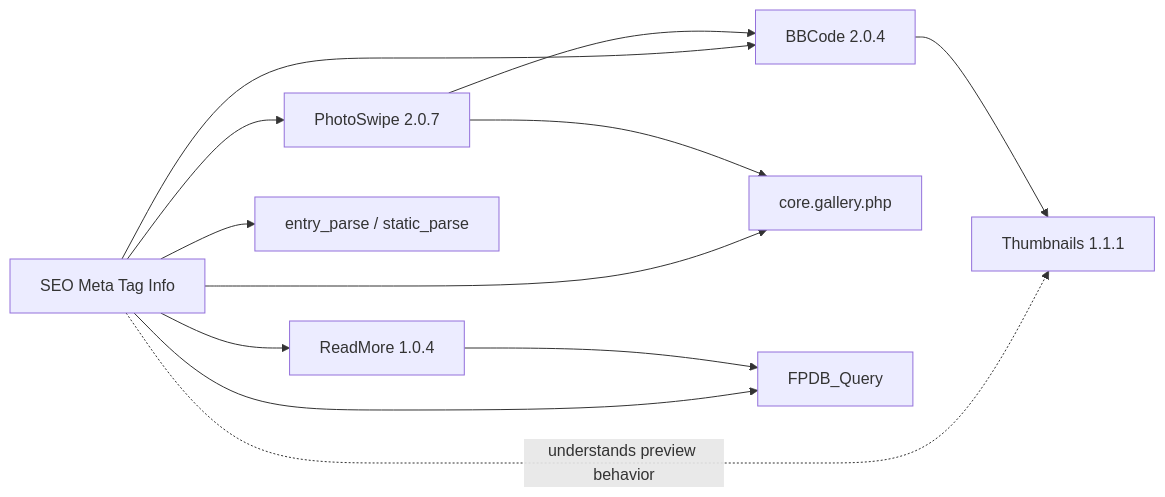
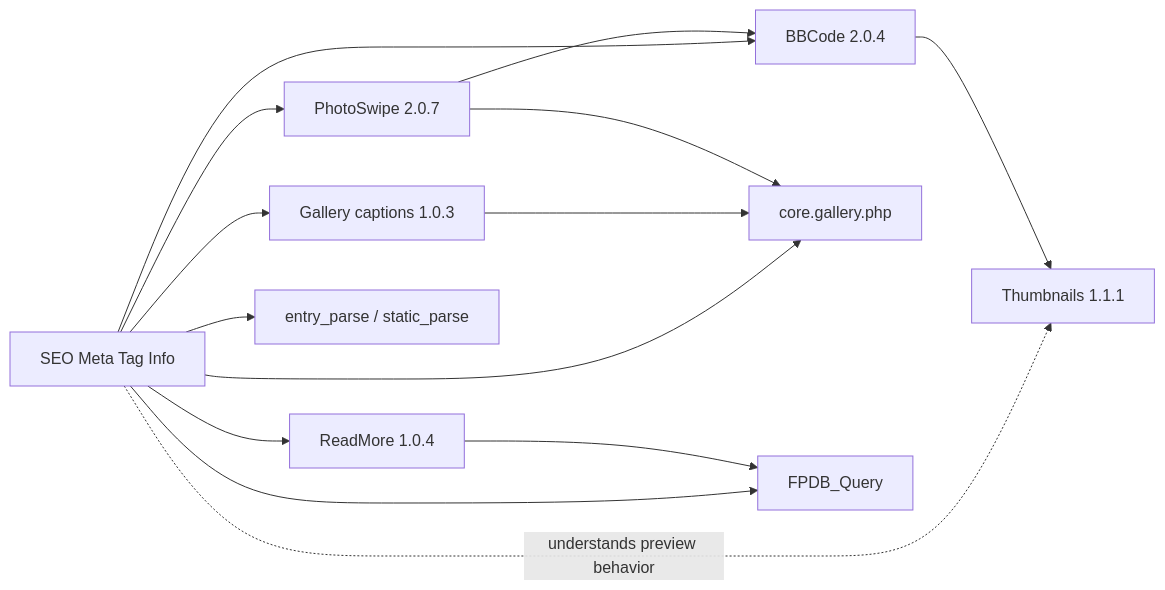
The diagram in fp-plugins/seometataginfo/developer-docs/integrations.md (flatpressblog/flatpress), drawn with Mermaid before and after one commit. The commit also changed other lines of this file and 18 other files, not shown here.

````diff
--- a/fp-plugins/seometataginfo/developer-docs/integrations.md
+++ b/fp-plugins/seometataginfo/developer-docs/integrations.md
@@ -5,14 +5,16 @@
 ```mermaid
 flowchart LR
     SEO[SEO Meta Tag Info] --> BB[BBCode 2.0.4]
     SEO --> RM[ReadMore 1.0.4]
     SEO --> PS[PhotoSwipe 2.0.7]
     SEO -. understands preview behavior .-> TH[Thumbnails 1.1.1]
     SEO --> GAL[core.gallery.php]
+    SEO --> GC[Gallery captions 1.0.3]
+    GC --> GAL
     SEO --> Q[FPDB_Query]
     SEO --> ENTRY[entry_parse / static_parse]
     BB --> TH
     PS --> BB
     PS --> GAL
     RM --> Q
 ```
````
